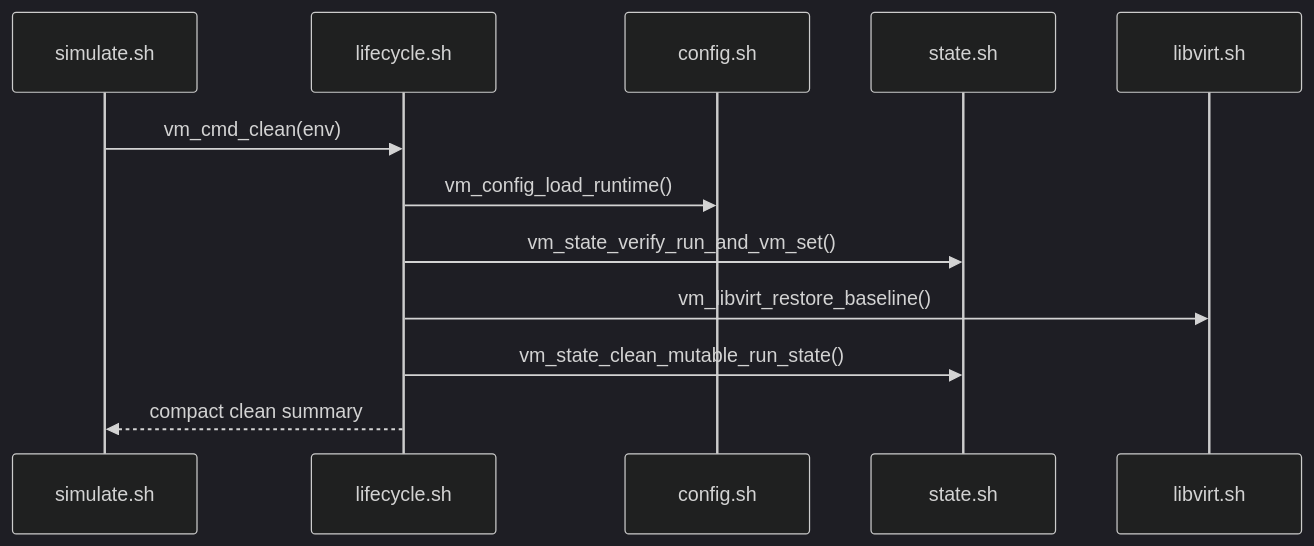
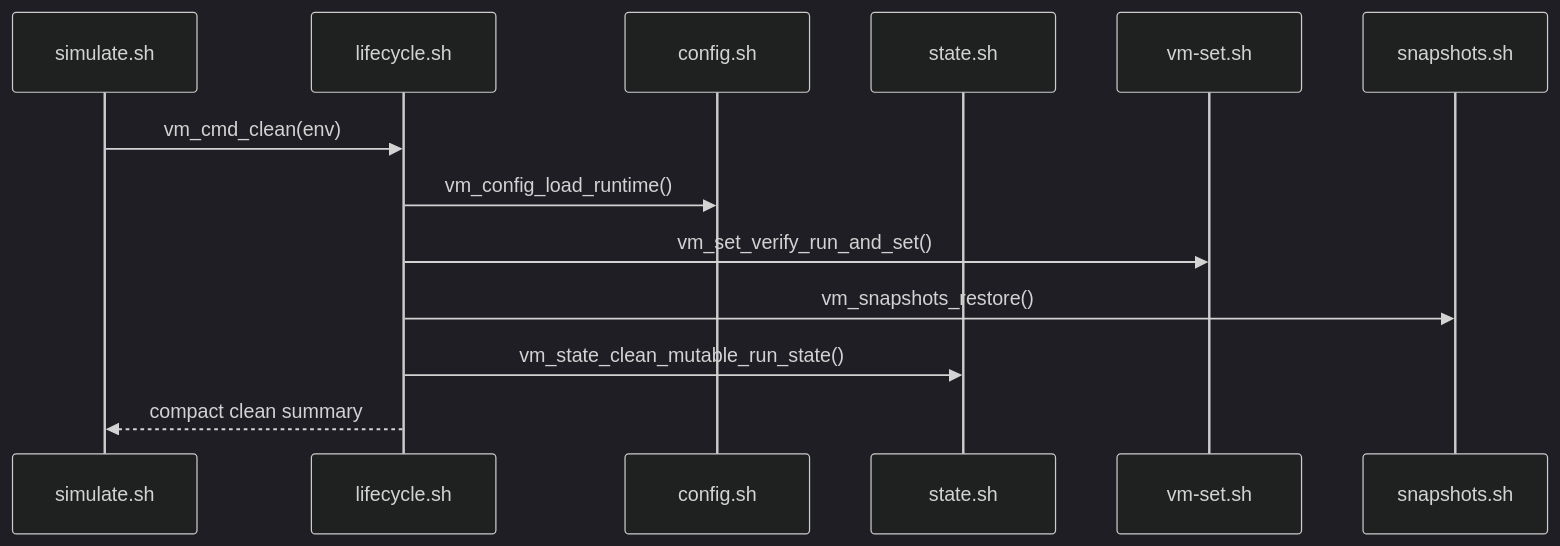
Before and after one commit to NoNine/loopforge: diagram 17 of 19 in simulation/vm/sequences.md, drawn with Mermaid (dark theme). The commit also changed other lines of this file and 18 other files, not shown here.

````diff
--- a/simulation/vm/sequences.md
+++ b/simulation/vm/sequences.md
@@ -338,15 +345,16 @@
 ```mermaid
 sequenceDiagram
   participant CLI as simulate.sh
   participant LC as lifecycle.sh
   participant CFG as config.sh
   participant ST as state.sh
-  participant LV as libvirt.sh
+  participant SET as vm-set.sh
+  participant SNAP as snapshots.sh
 
   CLI->>LC: vm_cmd_clean(env)
   LC->>CFG: vm_config_load_runtime()
-  LC->>ST: vm_state_verify_run_and_vm_set()
-  LC->>LV: vm_libvirt_restore_baseline()
+  LC->>SET: vm_set_verify_run_and_set()
+  LC->>SNAP: vm_snapshots_restore()
   LC->>ST: vm_state_clean_mutable_run_state()
   LC-->>CLI: compact clean summary
 ```
````
